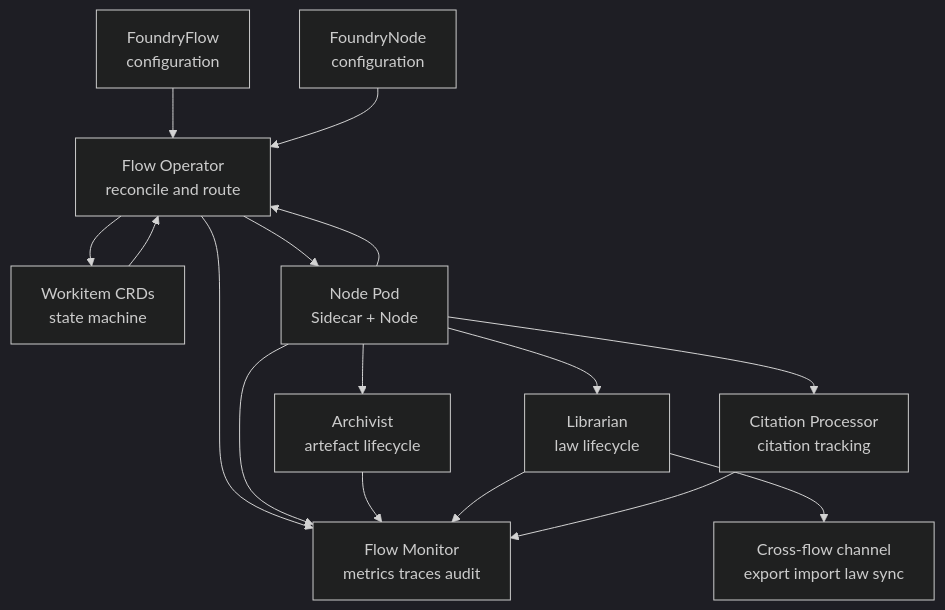
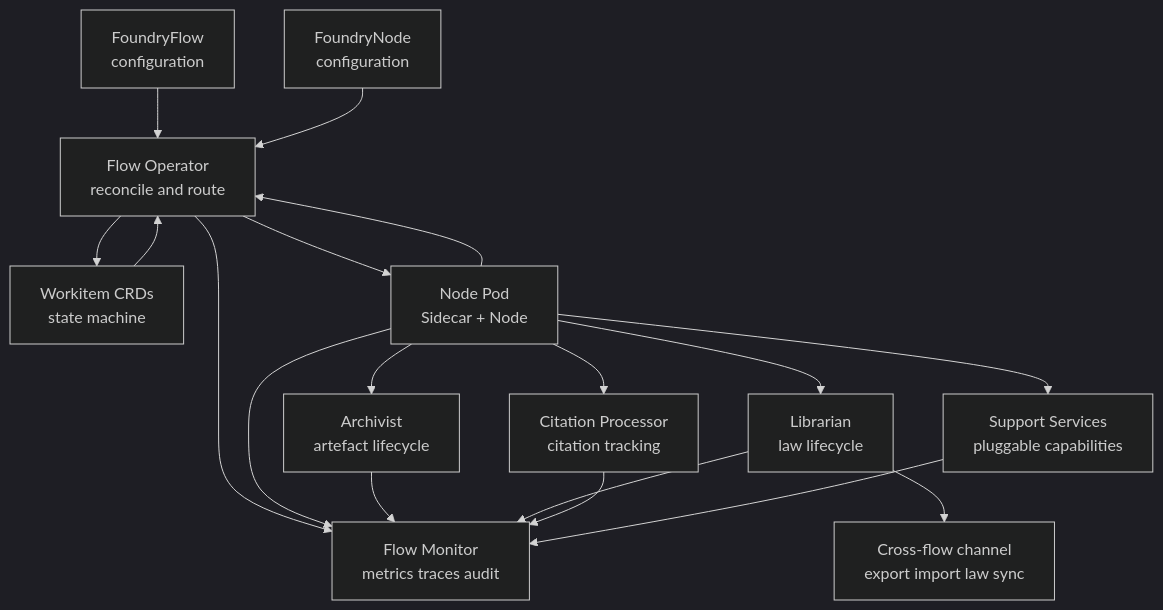
Before and after one commit to really-knows-ai/gideas: the first of 3 diagrams in 02-flow/00-overview.md, drawn with Mermaid (dark theme). The commit also changed other lines of this file and 13 other files, not shown here.

Commit message:
docs: introduce Flow Support Services concept, update related documentation, and clarify Codification Services role

````diff
--- a/02-flow/00-overview.md
+++ b/02-flow/00-overview.md
@@ -17,23 +18,27 @@
 ```mermaid
 flowchart TD
     FF["FoundryFlow<br/>configuration"] --> OP["Flow Operator<br/>reconcile and route"]
     FN["FoundryNode<br/>configuration"] --> OP
 
     OP --> WI["Workitem CRDs<br/>state machine"]
     WI --> OP
 
     OP --> SC["Node Pod<br/>Sidecar + Node"]
     SC --> OP
 
     SC --> AR["Archivist<br/>artefact lifecycle"]
     SC --> LB["Librarian<br/>law lifecycle"]
     SC --> CP["Citation Processor<br/>citation tracking"]
 
+    SC --> SS["Support Services<br/>pluggable capabilities"]
+
     OP --> FM["Flow Monitor<br/>metrics traces audit"]
     SC --> FM
     AR --> FM
     LB --> FM
     CP --> FM
 
+    SS --> FM
+
     LB --> XF["Cross-flow channel<br/>export import law sync"]
 ```
````
